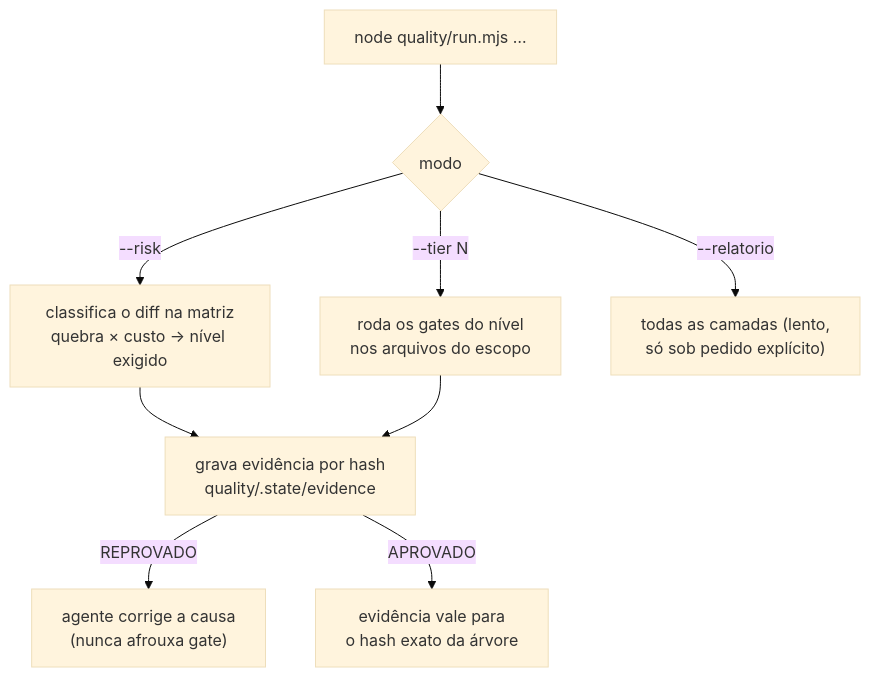
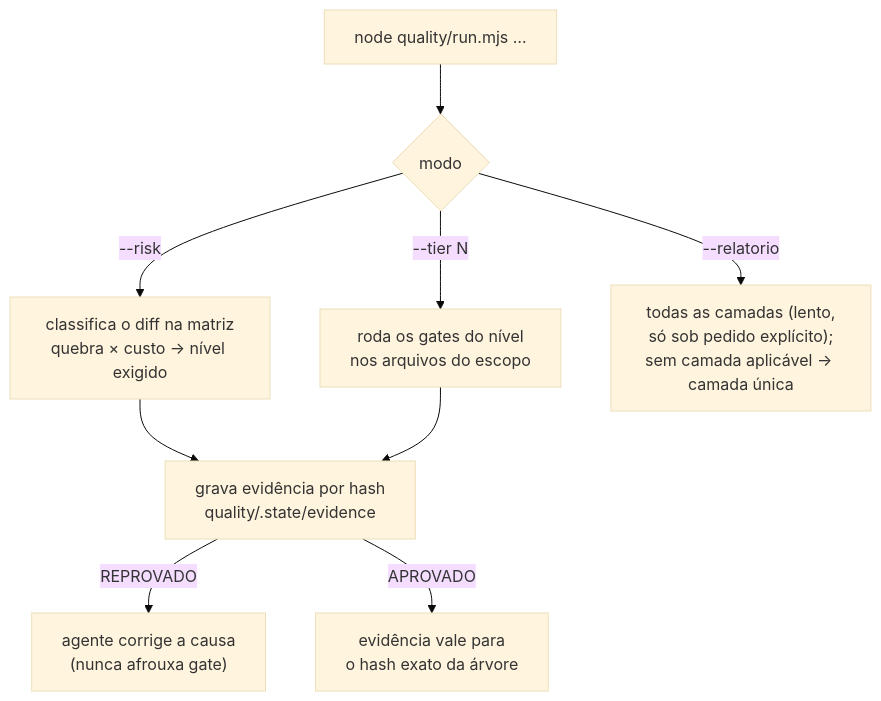
Before and after one commit to paulocymbaum/omni-harness: the diagram in docs/harness/10-motor-de-qualidade.md, drawn with Mermaid (base theme). The commit also changed other lines of this file and 6 other files, not shown here.

````diff
--- a/docs/harness/10-motor-de-qualidade.md
+++ b/docs/harness/10-motor-de-qualidade.md
@@ -47,11 +48,11 @@
 ```mermaid
 flowchart TD
   I["node quality/run.mjs …"] --> M{"modo"}
   M -- "--risk" --> R["classifica o diff na matriz<br/>quebra × custo → nível exigido"]
   M -- "--tier N" --> T["roda os gates do nível<br/>nos arquivos do escopo"]
-  M -- "--relatorio" --> F["todas as camadas (lento,<br/>só sob pedido explícito)"]
+  M -- "--relatorio" --> F["todas as camadas (lento,<br/>só sob pedido explícito);<br/>sem camada aplicável → camada única"]
   R --> EV["grava evidência por hash<br/>quality/.state/evidence"]
   T --> EV
   EV -- "REPROVADO" --> U["agente corrige a causa<br/>(nunca afrouxa gate)"]
   EV -- "APROVADO" --> OK["evidência vale para<br/>o hash exato da árvore"]
 ```
````
